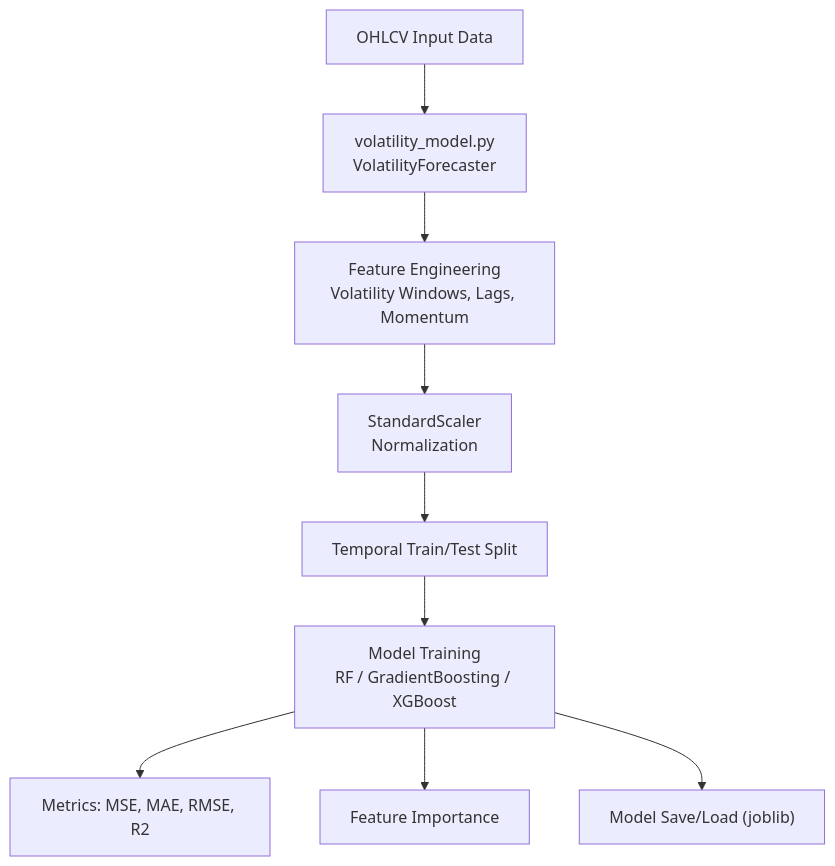
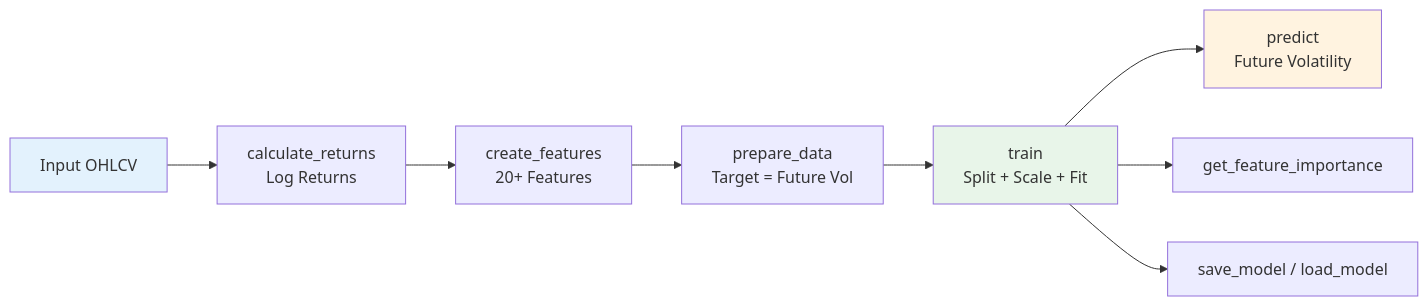
Before and after one commit to galafis/ml-volatility-forecasting: the fourth of 4 diagrams in README.md, drawn with Mermaid. The commit also changed other lines of this file and 2 other files, not shown here.

````diff
--- a/README.md
+++ b/README.md
@@ -197,11 +256,14 @@
 ```mermaid
-graph TD
-    A["OHLCV Input Data"] --> B["volatility_model.py<br/>VolatilityForecaster"]
-    B --> C["Feature Engineering<br/>Volatility Windows, Lags, Momentum"]
-    C --> D["StandardScaler<br/>Normalization"]
-    D --> E["Temporal Train/Test Split"]
-    E --> F["Model Training<br/>RF / GradientBoosting / XGBoost"]
-    F --> G["Metrics: MSE, MAE, RMSE, R2"]
-    F --> H["Feature Importance"]
-    F --> I["Model Save/Load (joblib)"]
+flowchart LR
+    A["Input OHLCV"] --> B["calculate_returns<br/>Log Returns"]
+    B --> C["create_features<br/>20+ Features"]
+    C --> D["prepare_data<br/>Target = Future Vol"]
+    D --> E["train<br/>Split + Scale + Fit"]
+    E --> F["predict<br/>Future Volatility"]
+    E --> G["get_feature_importance"]
+    E --> H["save_model / load_model"]
+
+    style A fill:#e3f2fd
+    style E fill:#e8f5e9
+    style F fill:#fff3e0
 ```
````
